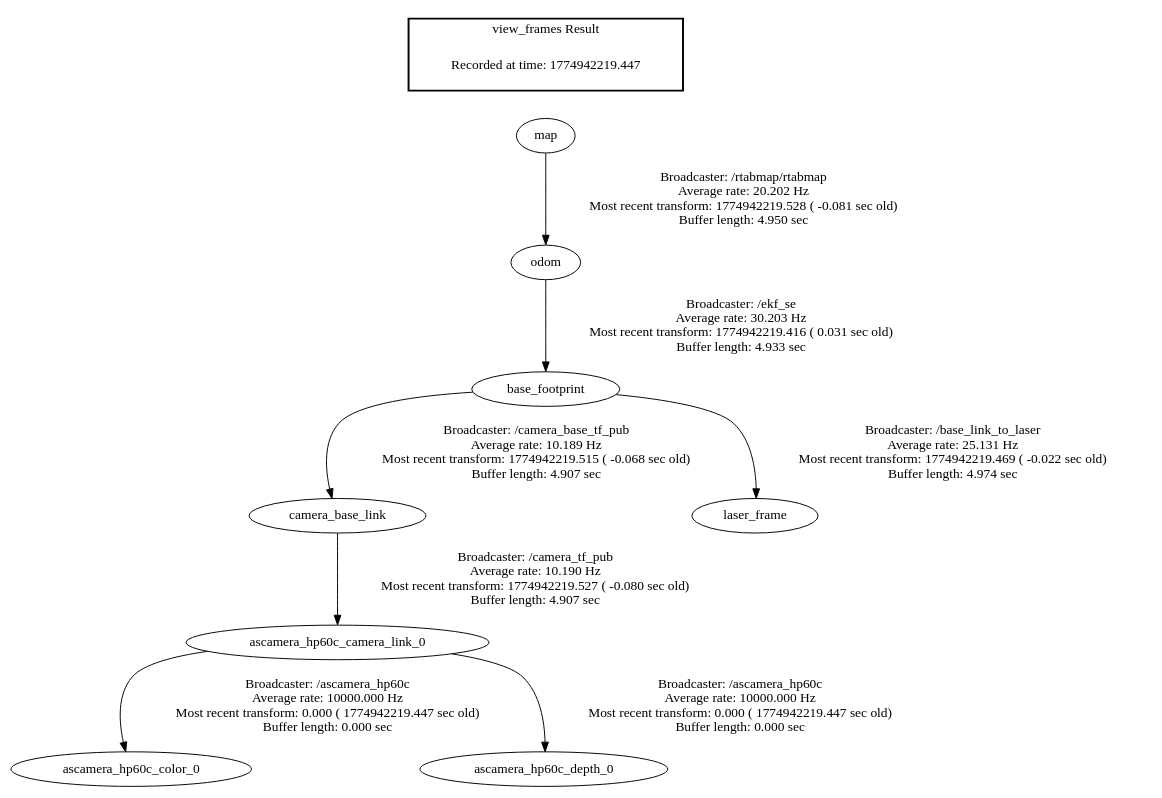
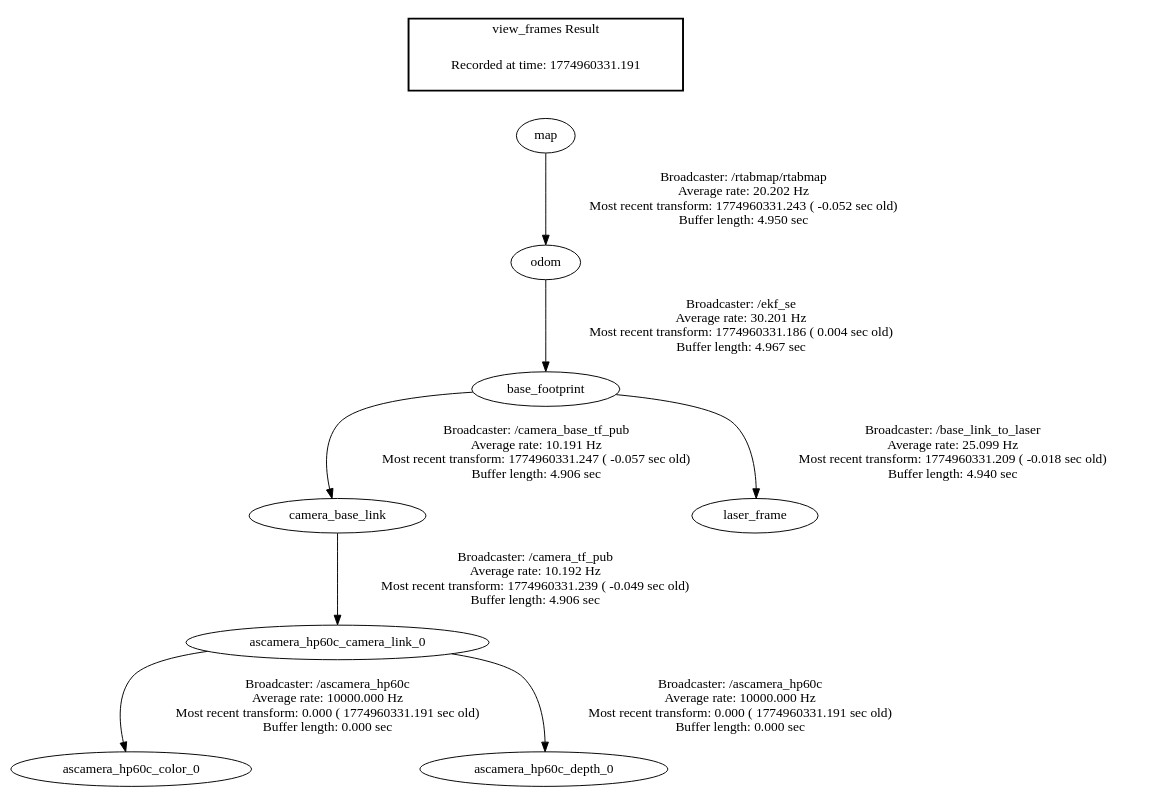
Before and after one commit to 2022090914028ysr-dotcom/rk3588: the diagram in NavOA_ws/frames.gv, drawn with Graphviz. The commit also changed 9 other files, not shown here.

```diff
--- a/NavOA_ws/frames.gv
+++ b/NavOA_ws/frames.gv
@@ -1,13 +1,13 @@
 digraph G {
-"ascamera_hp60c_camera_link_0" -> "ascamera_hp60c_color_0"[label="Broadcaster: /ascamera_hp60c\nAverage rate: 10000.000 Hz\nMost recent transform: 0.000 ( 1774942219.447 sec old)\nBuffer length: 0.000 sec\n"];
-"camera_base_link" -> "ascamera_hp60c_camera_link_0"[label="Broadcaster: /camera_tf_pub\nAverage rate: 10.190 Hz\nMost recent transform: 1774942219.527 ( -0.080 sec old)\nBuffer length: 4.907 sec\n"];
-"ascamera_hp60c_camera_link_0" -> "ascamera_hp60c_depth_0"[label="Broadcaster: /ascamera_hp60c\nAverage rate: 10000.000 Hz\nMost recent transform: 0.000 ( 1774942219.447 sec old)\nBuffer length: 0.000 sec\n"];
-"base_footprint" -> "laser_frame"[label="Broadcaster: /base_link_to_laser\nAverage rate: 25.131 Hz\nMost recent transform: 1774942219.469 ( -0.022 sec old)\nBuffer length: 4.974 sec\n"];
-"odom" -> "base_footprint"[label="Broadcaster: /ekf_se\nAverage rate: 30.203 Hz\nMost recent transform: 1774942219.416 ( 0.031 sec old)\nBuffer length: 4.933 sec\n"];
-"map" -> "odom"[label="Broadcaster: /rtabmap/rtabmap\nAverage rate: 20.202 Hz\nMost recent transform: 1774942219.528 ( -0.081 sec old)\nBuffer length: 4.950 sec\n"];
-"base_footprint" -> "camera_base_link"[label="Broadcaster: /camera_base_tf_pub\nAverage rate: 10.189 Hz\nMost recent transform: 1774942219.515 ( -0.068 sec old)\nBuffer length: 4.907 sec\n"];
+"ascamera_hp60c_camera_link_0" -> "ascamera_hp60c_color_0"[label="Broadcaster: /ascamera_hp60c\nAverage rate: 10000.000 Hz\nMost recent transform: 0.000 ( 1774960331.191 sec old)\nBuffer length: 0.000 sec\n"];
+"camera_base_link" -> "ascamera_hp60c_camera_link_0"[label="Broadcaster: /camera_tf_pub\nAverage rate: 10.192 Hz\nMost recent transform: 1774960331.239 ( -0.049 sec old)\nBuffer length: 4.906 sec\n"];
+"ascamera_hp60c_camera_link_0" -> "ascamera_hp60c_depth_0"[label="Broadcaster: /ascamera_hp60c\nAverage rate: 10000.000 Hz\nMost recent transform: 0.000 ( 1774960331.191 sec old)\nBuffer length: 0.000 sec\n"];
+"map" -> "odom"[label="Broadcaster: /rtabmap/rtabmap\nAverage rate: 20.202 Hz\nMost recent transform: 1774960331.243 ( -0.052 sec old)\nBuffer length: 4.950 sec\n"];
+"odom" -> "base_footprint"[label="Broadcaster: /ekf_se\nAverage rate: 30.201 Hz\nMost recent transform: 1774960331.186 ( 0.004 sec old)\nBuffer length: 4.967 sec\n"];
+"base_footprint" -> "laser_frame"[label="Broadcaster: /base_link_to_laser\nAverage rate: 25.099 Hz\nMost recent transform: 1774960331.209 ( -0.018 sec old)\nBuffer length: 4.940 sec\n"];
+"base_footprint" -> "camera_base_link"[label="Broadcaster: /camera_base_tf_pub\nAverage rate: 10.191 Hz\nMost recent transform: 1774960331.247 ( -0.057 sec old)\nBuffer length: 4.906 sec\n"];
 edge [style=invis];
  subgraph cluster_legend { style=bold; color=black; label ="view_frames Result";
-"Recorded at time: 1774942219.447"[ shape=plaintext ] ;
+"Recorded at time: 1774960331.191"[ shape=plaintext ] ;
  }->"map";
 }
```
